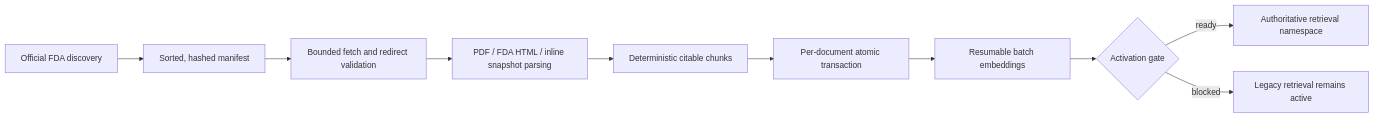
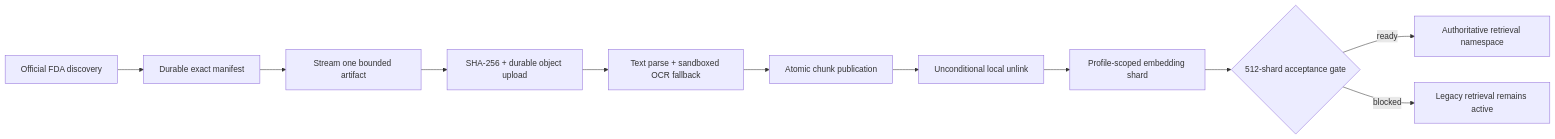
The diagram in docs/AUTHORITATIVE_FDA_CORPUS.md (Hussain0327/amneal), drawn with Mermaid before and after one commit. The commit also changed other lines of this file and 41 other files, not shown here.

````diff
--- a/docs/AUTHORITATIVE_FDA_CORPUS.md
+++ b/docs/AUTHORITATIVE_FDA_CORPUS.md
@@ -134,12 +143,13 @@
 ```mermaid
 flowchart LR
-    D[Official FDA discovery] --> M[Sorted, hashed manifest]
-    M --> F[Bounded fetch and redirect validation]
-    F --> P[PDF / FDA HTML / inline snapshot parsing]
-    P --> C[Deterministic citable chunks]
-    C --> T[Per-document atomic transaction]
-    T --> E[Resumable batch embeddings]
-    E --> G{Activation gate}
+    D[Official FDA discovery] --> M[Durable exact manifest]
+    M --> F[Stream one bounded artifact]
+    F --> A[SHA-256 + durable object upload]
+    A --> P[Text parse + sandboxed OCR fallback]
+    P --> C[Atomic chunk publication]
+    C --> X[Unconditional local unlink]
+    X --> E[Profile-scoped embedding shard]
+    E --> G{512-shard acceptance gate}
     G -- ready --> R[Authoritative retrieval namespace]
     G -- blocked --> L[Legacy retrieval remains active]
 ```
````
